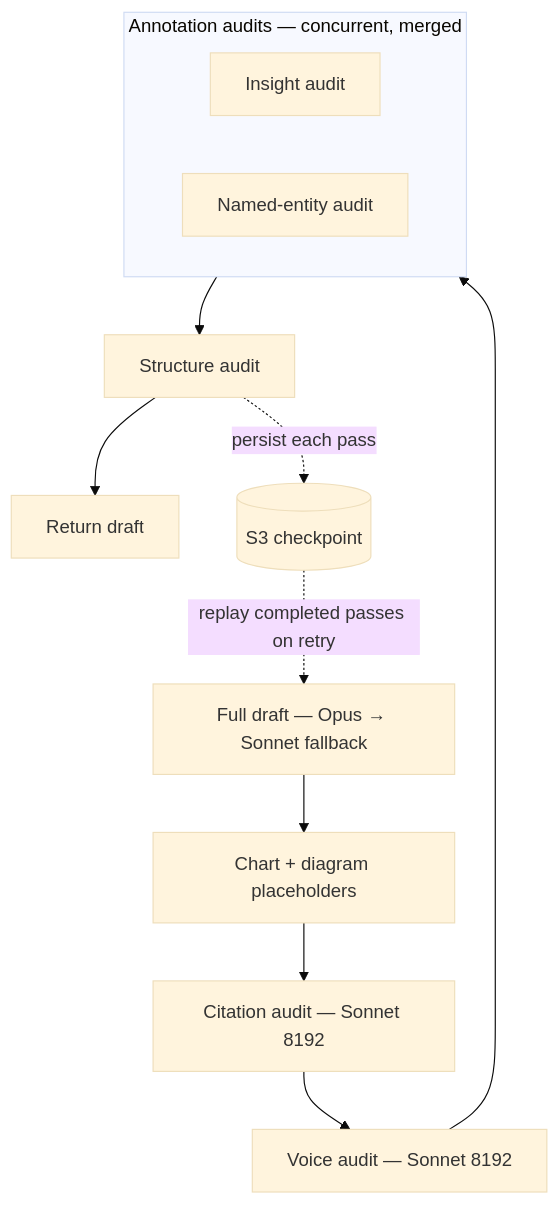
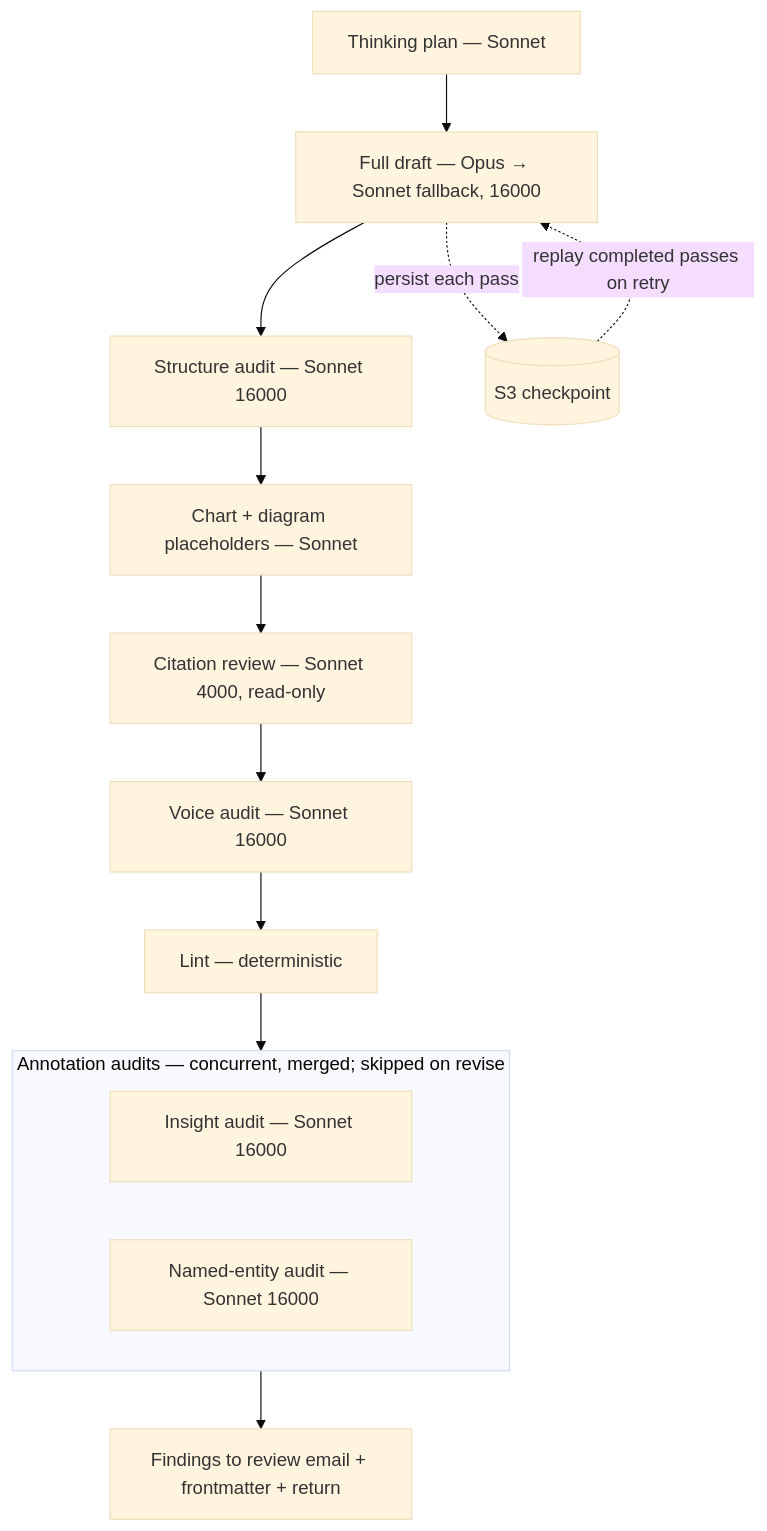
The fifth of 5 diagrams in README.md (kzaky/khaledzaky.com), drawn with Mermaid (base theme) before and after one commit. The commit also changed other lines of this file, not shown here.

````diff
--- a/README.md
+++ b/README.md
@@ -267,16 +301,19 @@
 ```mermaid
 flowchart TD
-    P2[Full draft — Opus → Sonnet fallback] --> P3[Chart + diagram placeholders]
-    P3 --> P4[Citation audit — Sonnet 8192]
-    P4 --> P5[Voice audit — Sonnet 8192]
-    P5 --> PAR
-    subgraph PAR [Annotation audits — concurrent, merged]
+    P1[Thinking plan — Sonnet] --> P2[Full draft — Opus → Sonnet fallback, 16000]
+    P2 --> P3[Structure audit — Sonnet 16000]
+    P3 --> P4[Chart + diagram placeholders — Sonnet]
+    P4 --> P5[Citation review — Sonnet 4000, read-only]
+    P5 --> P6[Voice audit — Sonnet 16000]
+    P6 --> P7[Lint — deterministic]
+    P7 --> PAR
+    subgraph PAR [Annotation audits — concurrent, merged; skipped on revise]
         direction LR
-        A1[Insight audit]
-        A2[Named-entity audit]
+        A1[Insight audit — Sonnet 16000]
+        A2[Named-entity audit — Sonnet 16000]
     end
-    PAR --> P7[Structure audit] --> OUT[Return draft]
+    PAR --> OUT[Findings to review email + frontmatter + return]
     CK[(S3 checkpoint)]
-    P7 -. persist each pass .-> CK
+    P2 -. persist each pass .-> CK
     CK -. replay completed passes on retry .-> P2
 ```
````
